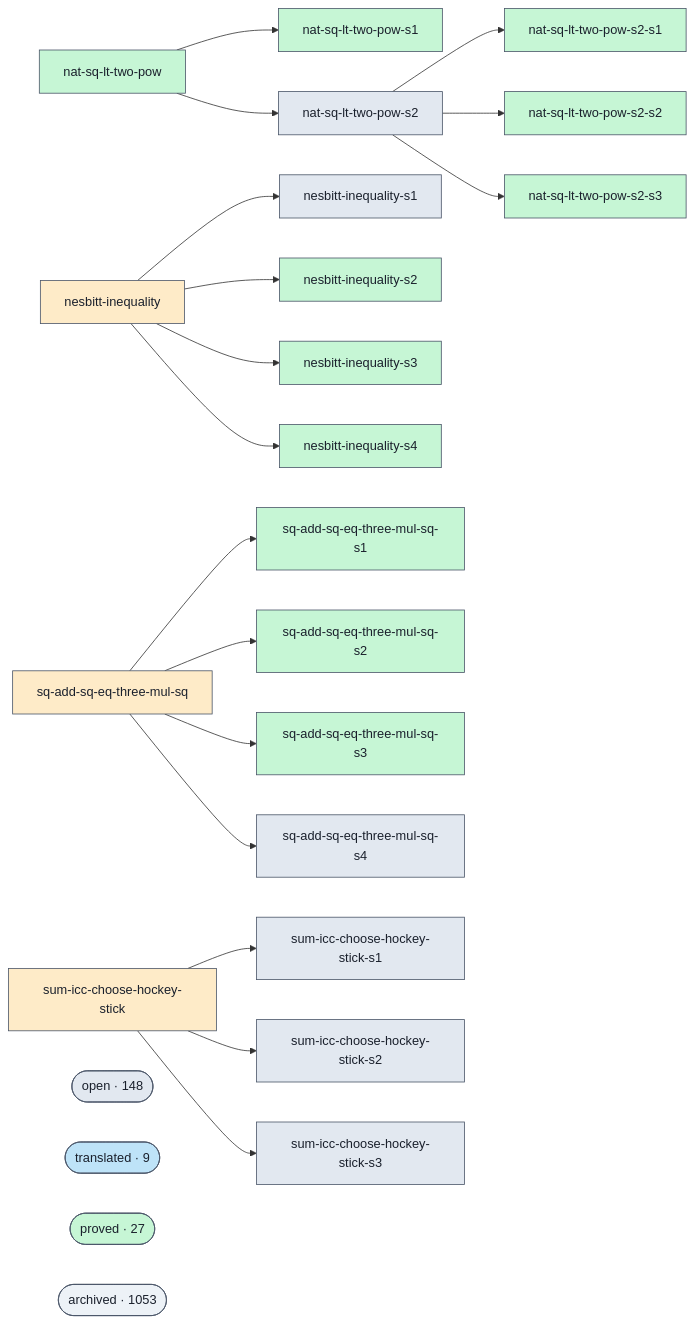
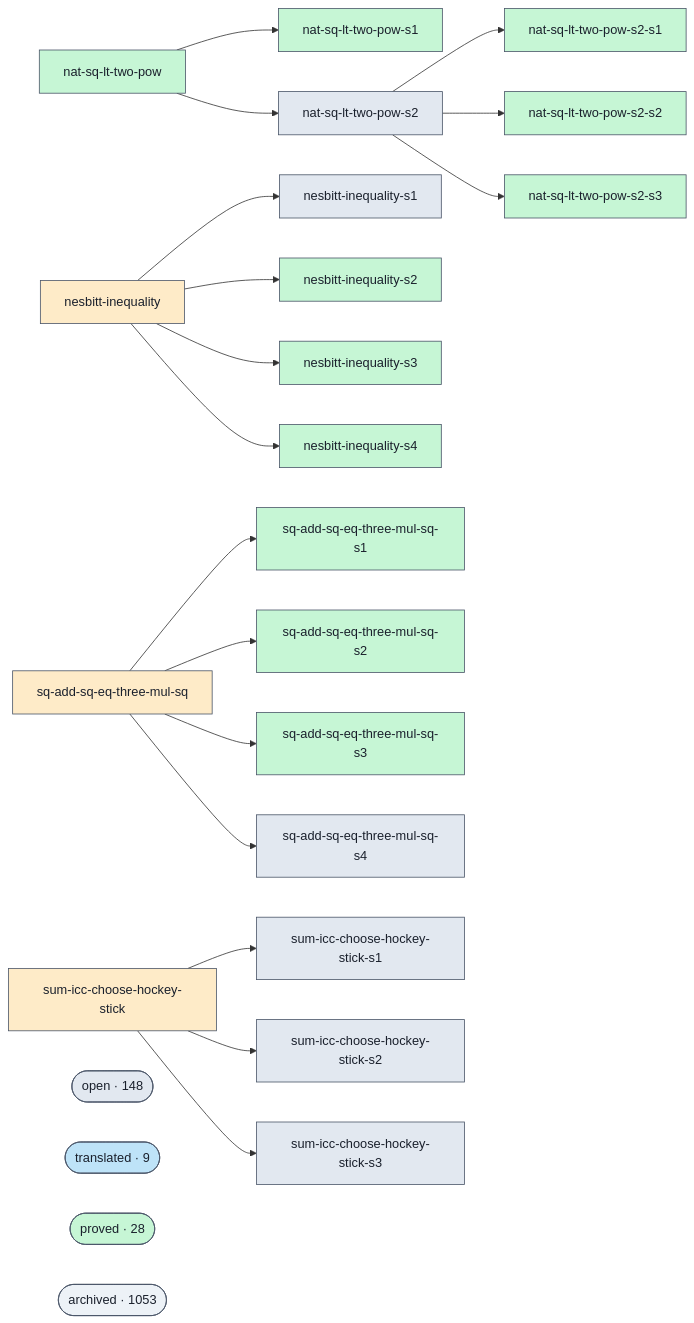
Before and after one commit to Rauxon/unsorry: the diagram in docs/proofs-contributors-visualisation.md, drawn with Mermaid. The commit also changed other lines of this file and 2 other files, not shown here.

```diff
--- a/docs/proofs-contributors-visualisation.md
+++ b/docs/proofs-contributors-visualisation.md
@@ -102,7 +102,7 @@
   class cluster_open open;
   cluster_translated(["translated · 9"])
   class cluster_translated translated;
-  cluster_proved(["proved · 27"])
+  cluster_proved(["proved · 28"])
   class cluster_proved proved;
   cluster_archived(["archived · 1053"])
   class cluster_archived unknown;
```
